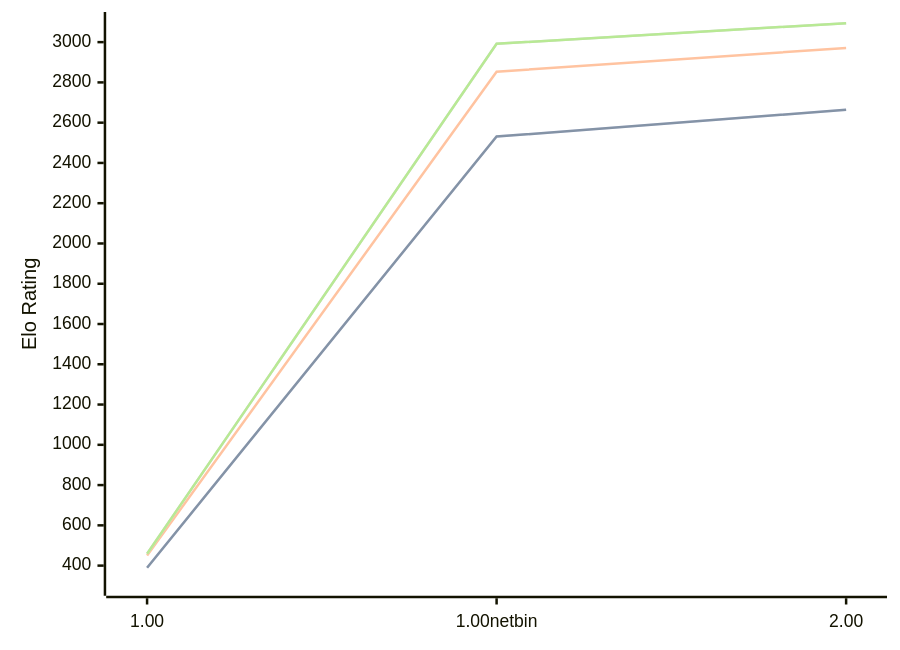
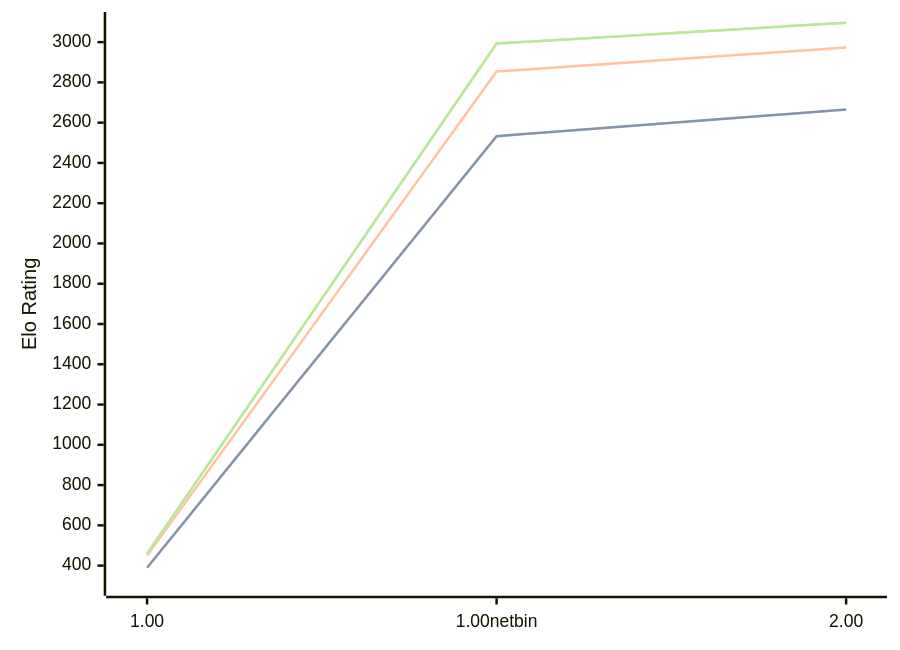
One commit to computer-chess-index/cci changed the diagram in engines/Gilipol.md. Above: the diagram before and after it, drawn with Mermaid. The commit also changed other lines of this file, not shown here.

Commit message:
Update CCI Ratings (ELO VLTC) - 2026-07-23

````diff
--- a/engines/Gilipol.md
+++ b/engines/Gilipol.md
@@ -33,11 +33,11 @@
 ```mermaid
 %%{init: {"theme":"base","themeVariables":{"seriesColors:['#a3a3a3','#222221','#faa371']}}}%%
 xychart-beta
   x-axis ["1.00", "1.00netbin", "2.00"]
   y-axis "Elo Rating" 300 --> 3100
-  line "STC (8.0+0.08s)" [389, 2531, 2664]
-  line "STC (8.0+0.08s)" [389, 2531, 2664]
-  line "LTC (60.0+0.60s)" [450, 2853, 2971]
-  line "VLTC (2m24s+1.12s)" [459, 2992, 3094]
-  line "VLTC (2m24s+1.12s)" [459, 2992, 3094]
+  line "STC (8.0+0.08s)" [389, 2533, 2665]
+  line "STC (8.0+0.08s)" [389, 2533, 2665]
+  line "LTC (60.0+0.60s)" [450, 2854, 2973]
+  line "VLTC (2m24s+1.12s)" [459, 2993, 3096]
+  line "VLTC (2m24s+1.12s)" [459, 2993, 3096]
 ```
````
